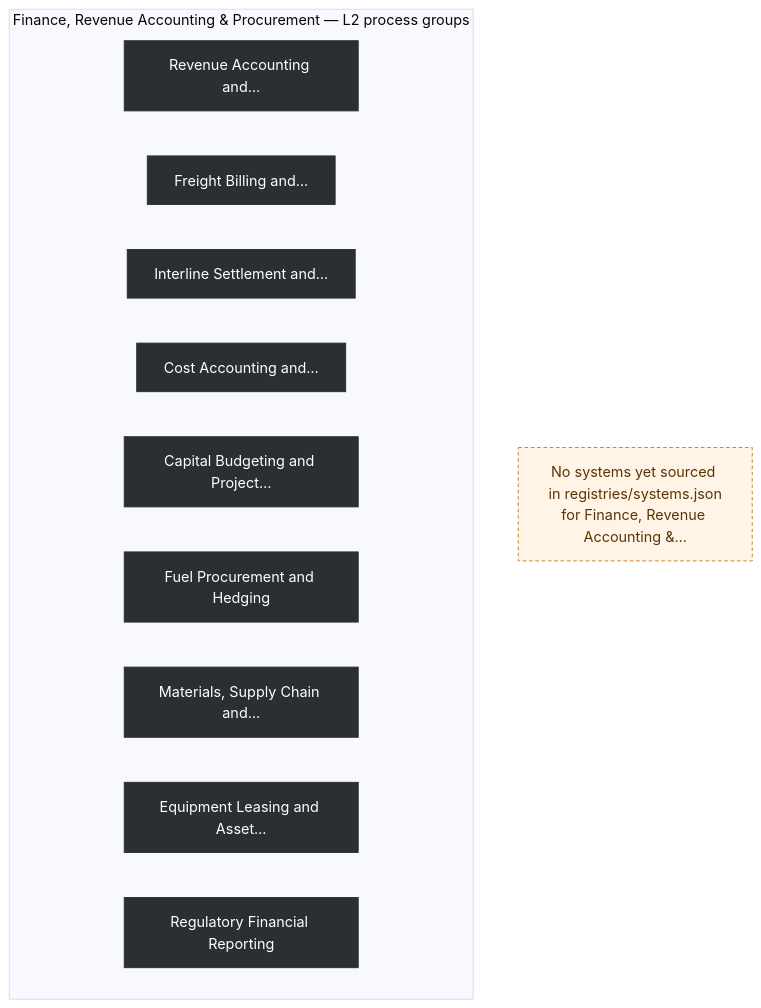
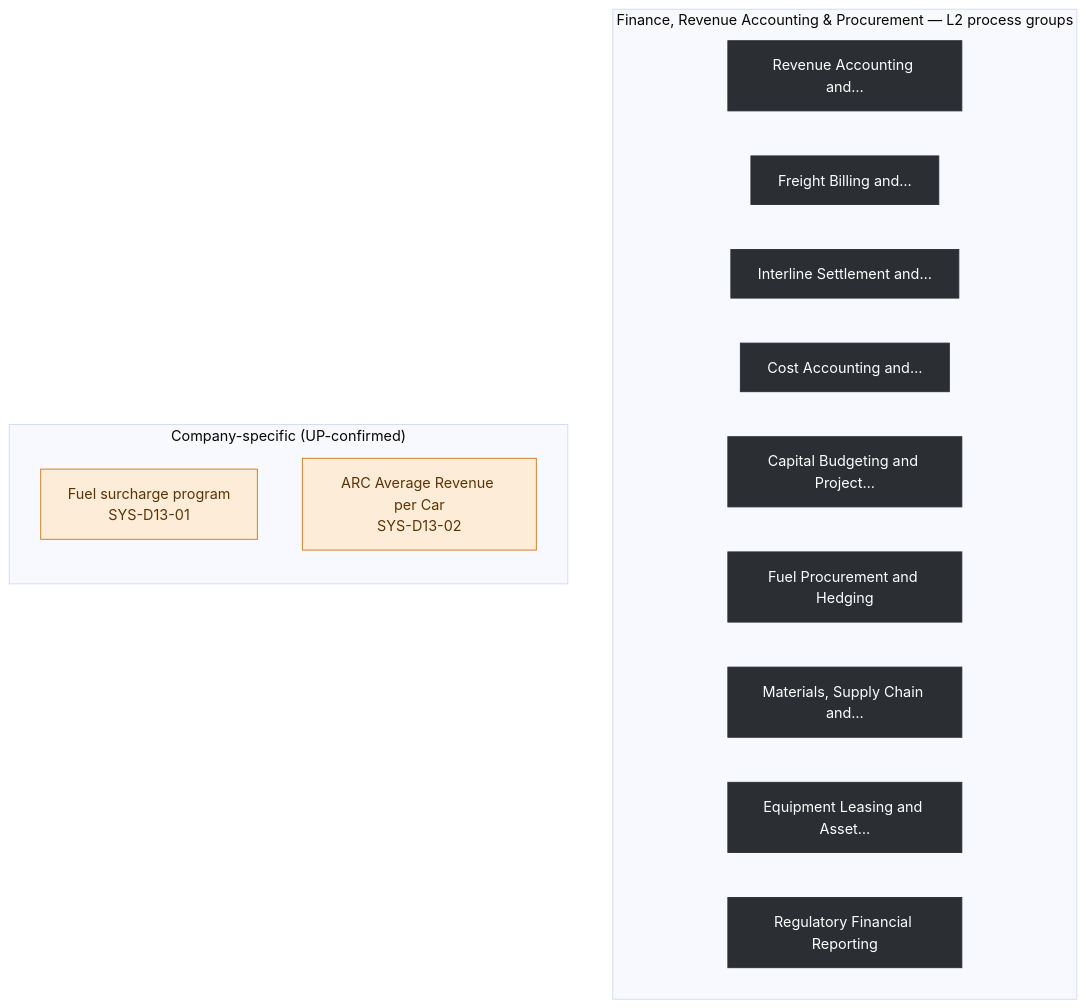
The diagram in ea-diagrams/rr-13-finance-revenue-accounting-procurement.mmd (ghatk047/rail-wiki), drawn with Mermaid before and after one commit. The commit also changed 16 other files, not shown here.

```diff
--- a/ea-diagrams/rr-13-finance-revenue-accounting-procurement.mmd
+++ b/ea-diagrams/rr-13-finance-revenue-accounting-procurement.mmd
@@ -1,25 +1,29 @@
 %%{init: {'flowchart': {'curve': 'basis'}, 'theme':'base'}}%%
 flowchart TB
 
   subgraph PROCS["Finance, Revenue Accounting & Procurement — L2 process groups"]
     direction LR
     G1["Revenue Accounting and…"]:::l2
     G2["Freight Billing and…"]:::l2
     G3["Interline Settlement and…"]:::l2
     G4["Cost Accounting and…"]:::l2
     G5["Capital Budgeting and Project…"]:::l2
     G6["Fuel Procurement and Hedging"]:::l2
     G7["Materials, Supply Chain and…"]:::l2
     G8["Equipment Leasing and Asset…"]:::l2
     G9["Regulatory Financial Reporting"]:::l2
   end
 
-  NONE["No systems yet sourced in registries/systems.json\nfor Finance, Revenue Accounting &…"]:::empty
+  subgraph COMPANY["Company-specific (UP-confirmed)"]
+    direction TB
+    C1["Fuel surcharge program\nSYS-D13-01"]:::company
+    C2["ARC Average Revenue per Car\nSYS-D13-02"]:::company
+  end
 
   %% No generated process yet cites a system in this domain -- no usage edges to draw
 
 classDef l2 fill:#2b2e33,color:#fff,stroke:#2b2e33
 classDef company fill:#fdecd8,stroke:#c8791a,color:#5a3407
 classDef industry fill:#e6e9ec,stroke:#5c5f66,color:#2b2e33
 classDef other fill:#f2f2f0,stroke:#9a9da3,color:#3d4348
 classDef empty fill:#fff4e5,stroke:#c8791a,color:#5a3407,stroke-dasharray: 4 3
```
